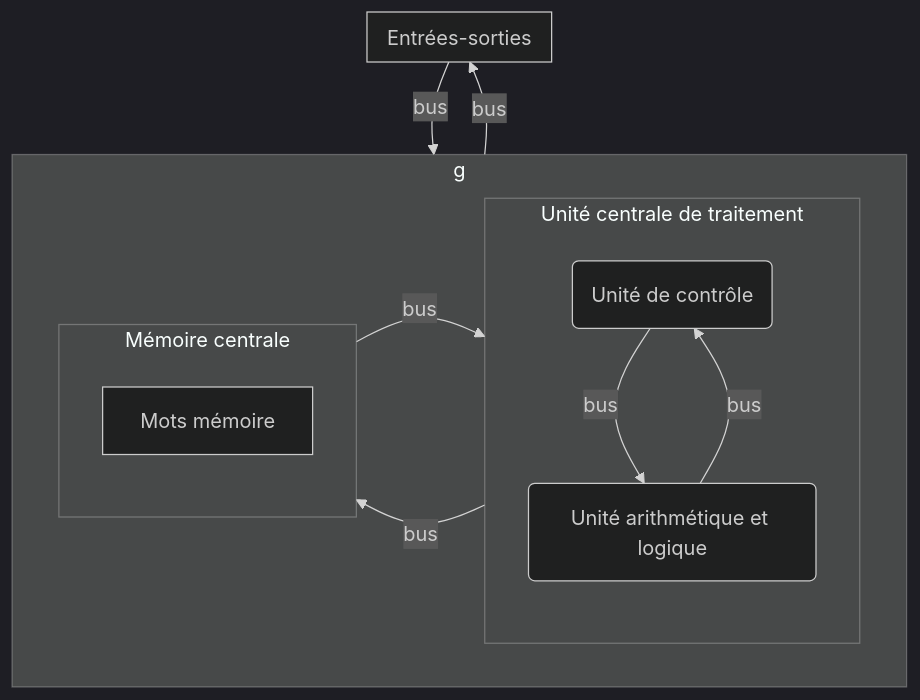
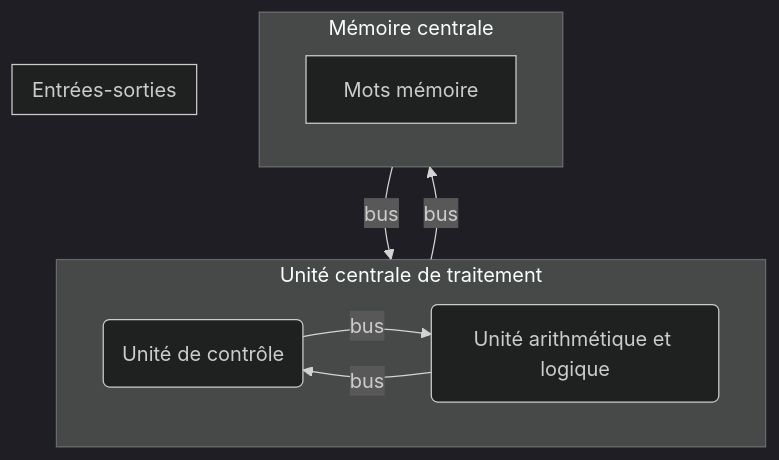
The diagram in première/Architecture_des_machines/Modèle_Von_Neumann.md (boddaert/nsi), drawn with Mermaid (dark theme) before and after one commit.

````diff
--- a/première/Architecture_des_machines/Modèle_Von_Neumann.md
+++ b/première/Architecture_des_machines/Modèle_Von_Neumann.md
@@ -23,21 +23,20 @@
 ```mermaid
 flowchart TB
-    subgraph g
-        subgraph a["Unité centrale de traitement"]
-            b("Unité de contrôle") -- bus --> c("Unité arithmétique et logique")
-            c -- bus --> b
-        end
+    
+    subgraph a["Unité centrale de traitement"]
+        b("Unité de contrôle") -- bus --> c("Unité arithmétique et logique")
+        c -- bus --> b
+    end
 
-        subgraph d["Mémoire centrale"]
-            f["Mots mémoire"]
-        end
+    subgraph d["Mémoire centrale"]
+        f["Mots mémoire"]
     end
     
+
     subgraph e["Entrées-sorties"]
     end
 
     a -- bus --> d
     d -- bus --> a
-    e -- bus --> g
-    g -- bus --> e
+
 ```
````
